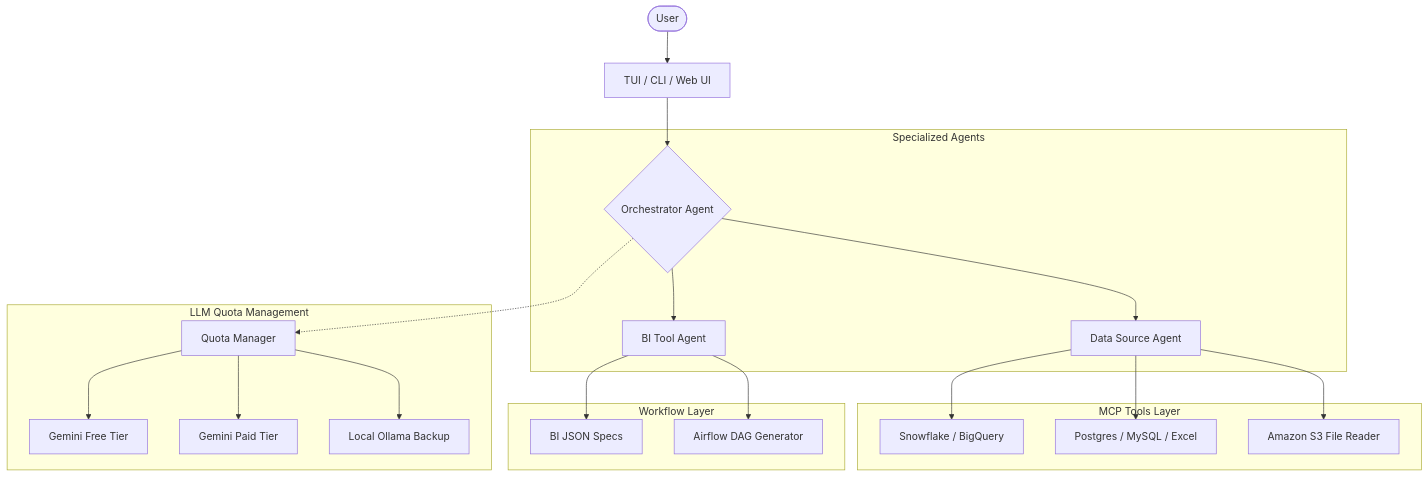
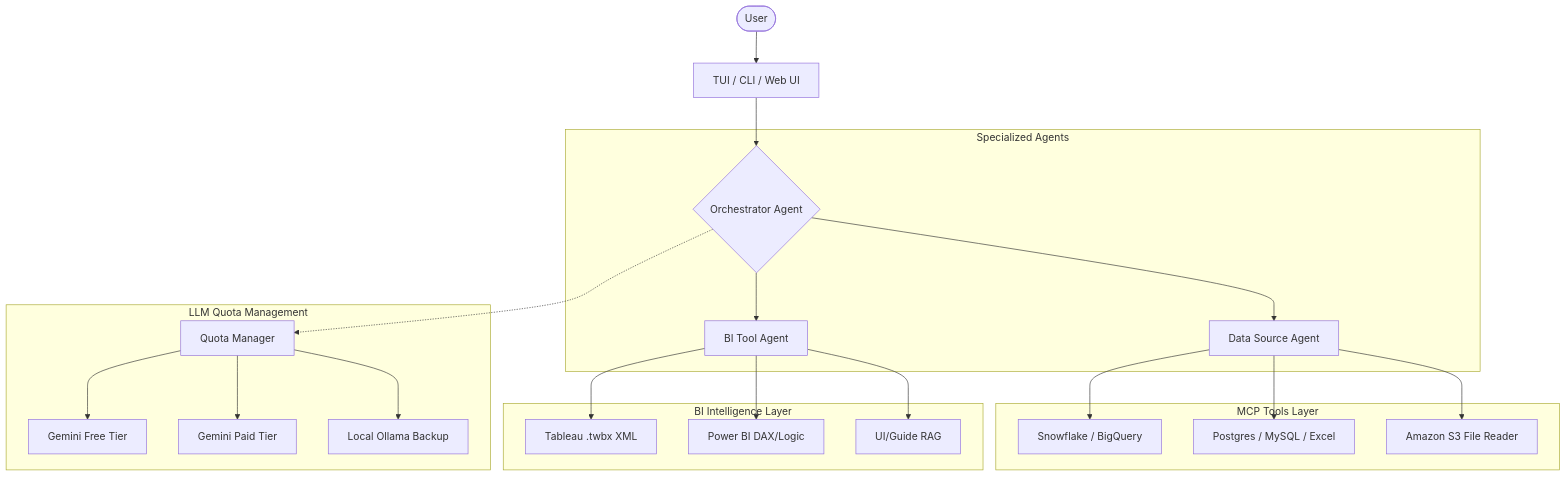
The diagram in docs/PLAN.md (KnellBalm/BI-Agent), drawn with Mermaid before and after one commit. The commit also changed other lines of this file and 14 other files, not shown here.

````diff
--- a/docs/PLAN.md
+++ b/docs/PLAN.md
@@ -21,28 +21,29 @@
 ```mermaid
 graph TD
     User([User]) --> Interface[TUI / CLI / Web UI]
     Interface --> Orchestrator{Orchestrator Agent}
     
     subgraph Agents [Specialized Agents]
         Orchestrator --> DSA[Data Source Agent]
         Orchestrator --> BIA[BI Tool Agent]
     end
     
     subgraph Connectivity [MCP Tools Layer]
         DSA --> MCP_SaaS[Snowflake / BigQuery]
         DSA --> MCP_Local[Postgres / MySQL / Excel]
         DSA --> S3[Amazon S3 File Reader]
     end
     
-    subgraph Automation [Workflow Layer]
-        BIA --> JSON[BI JSON Specs]
-        BIA --> Airflow[Airflow DAG Generator]
+    subgraph Automation [BI Intelligence Layer]
+        BIA --> XML[Tableau .twbx XML]
+        BIA --> DAX[Power BI DAX/Logic]
+        BIA --> Guide[UI/Guide RAG]
     end
     
     subgraph Intelligence [LLM Quota Management]
         Orchestrator -.-> QM[Quota Manager]
         QM --> Gemini_Free[Gemini Free Tier]
         QM --> Gemini_Paid[Gemini Paid Tier]
         QM --> Ollama[Local Ollama Backup]
     end
 ```
````
